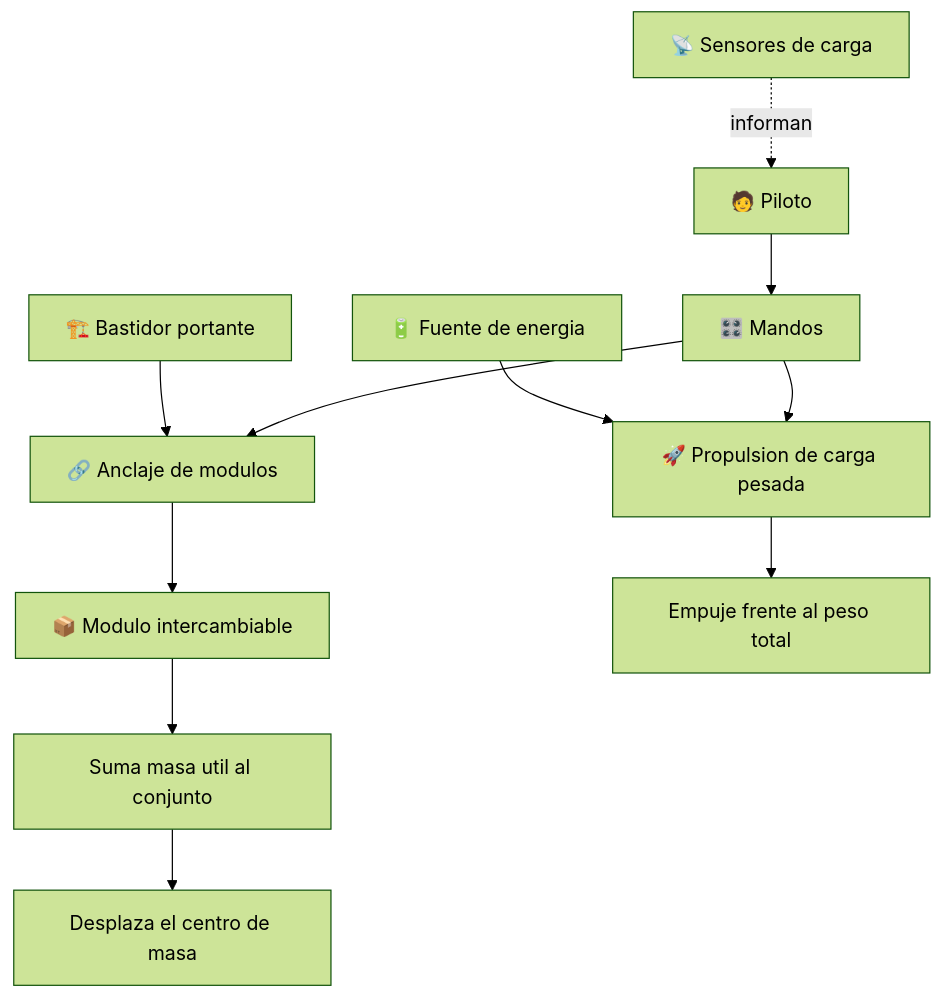
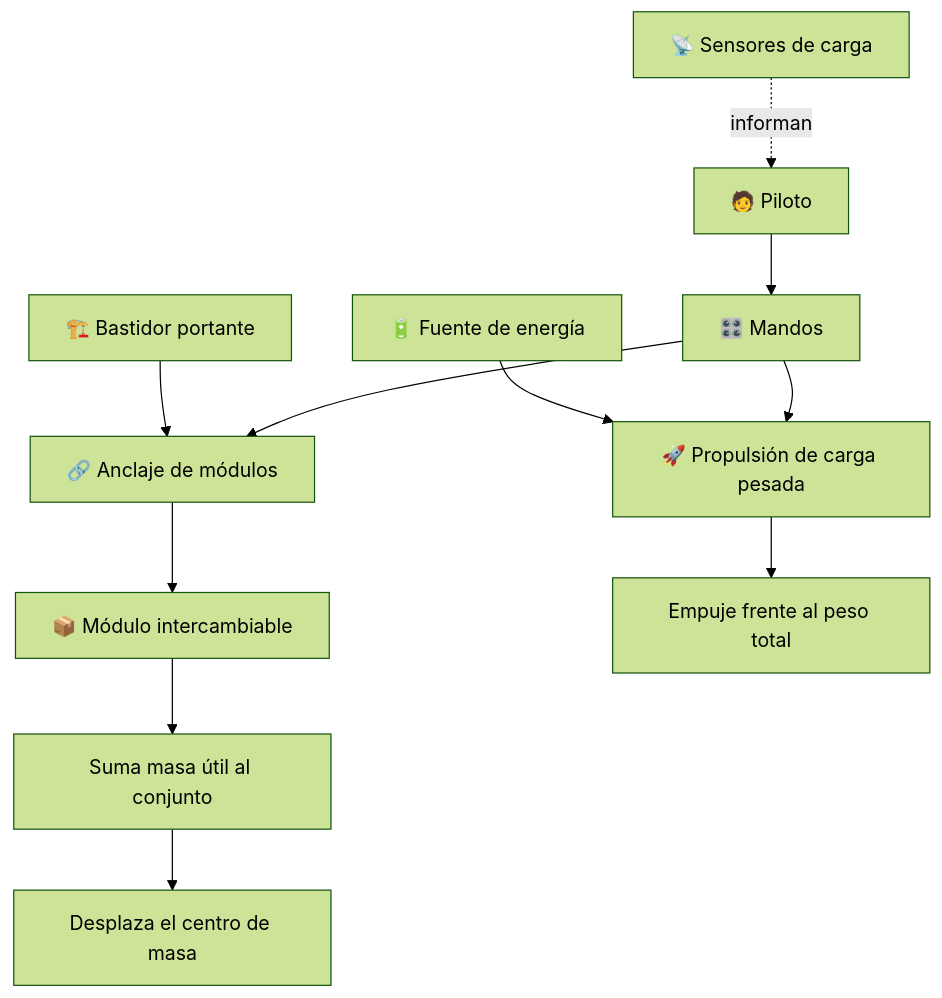
The diagram in vehiculos-fantasticos/thunderbird-2/README.md (vladimiracunadev-create/machine-operator-program), drawn with Mermaid (forest theme) before and after one commit. The commit also changed other lines of this file and 442 other files, not shown here.

````diff
--- a/vehiculos-fantasticos/thunderbird-2/README.md
+++ b/vehiculos-fantasticos/thunderbird-2/README.md
@@ -35,13 +35,13 @@
 ```mermaid
 flowchart TD
-    Energia[🔋 Fuente de energia] --> Propulsion[🚀 Propulsion de carga pesada]
-    Estructura[🏗️ Bastidor portante] --> Anclaje[🔗 Anclaje de modulos]
-    Anclaje --> Modulo[📦 Modulo intercambiable]
+    Energia[🔋 Fuente de energía] --> Propulsion[🚀 Propulsión de carga pesada]
+    Estructura[🏗️ Bastidor portante] --> Anclaje[🔗 Anclaje de módulos]
+    Anclaje --> Modulo[📦 Módulo intercambiable]
     Propulsion --> Empuje[Empuje frente al peso total]
-    Modulo --> Peso[Suma masa util al conjunto]
+    Modulo --> Peso[Suma masa útil al conjunto]
     Peso --> Centro[Desplaza el centro de masa]
     Piloto[🧑 Piloto] --> Mandos[🎛️ Mandos]
     Mandos --> Propulsion
     Mandos --> Anclaje
     Sensores[📡 Sensores de carga] -. informan .-> Piloto
 ```
````
